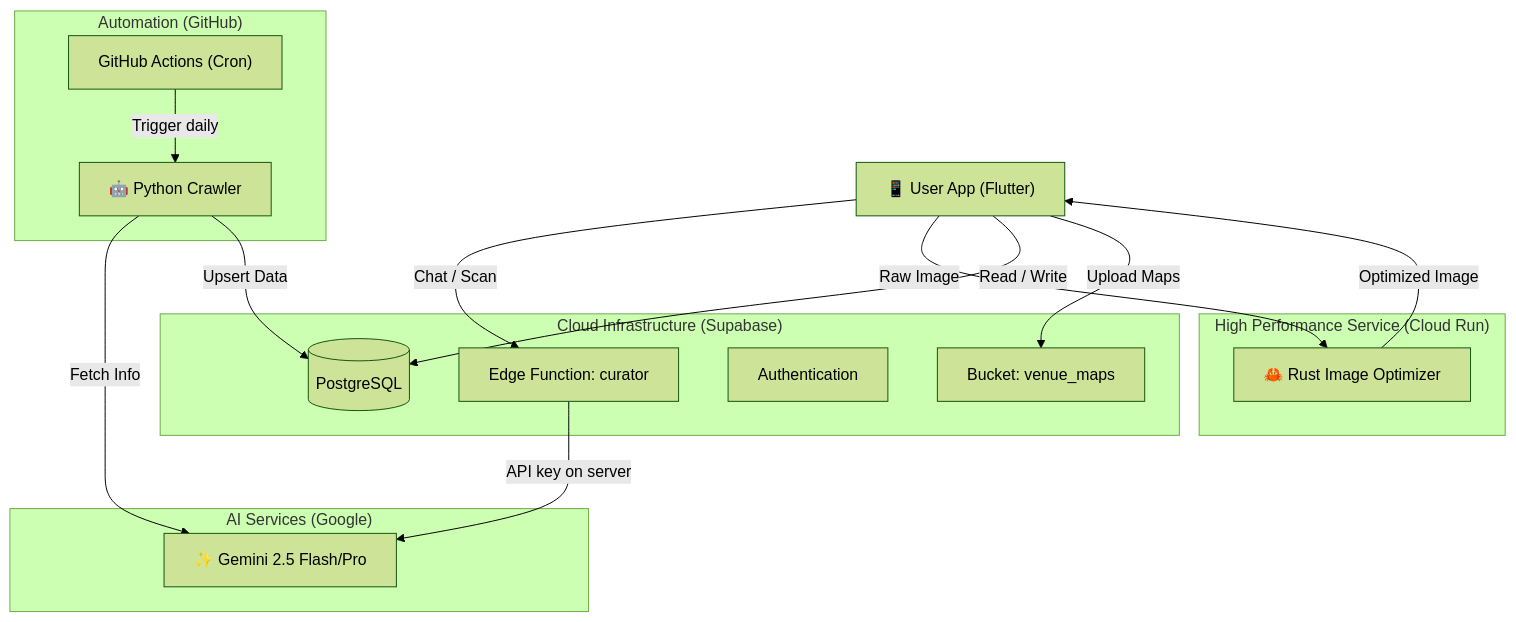
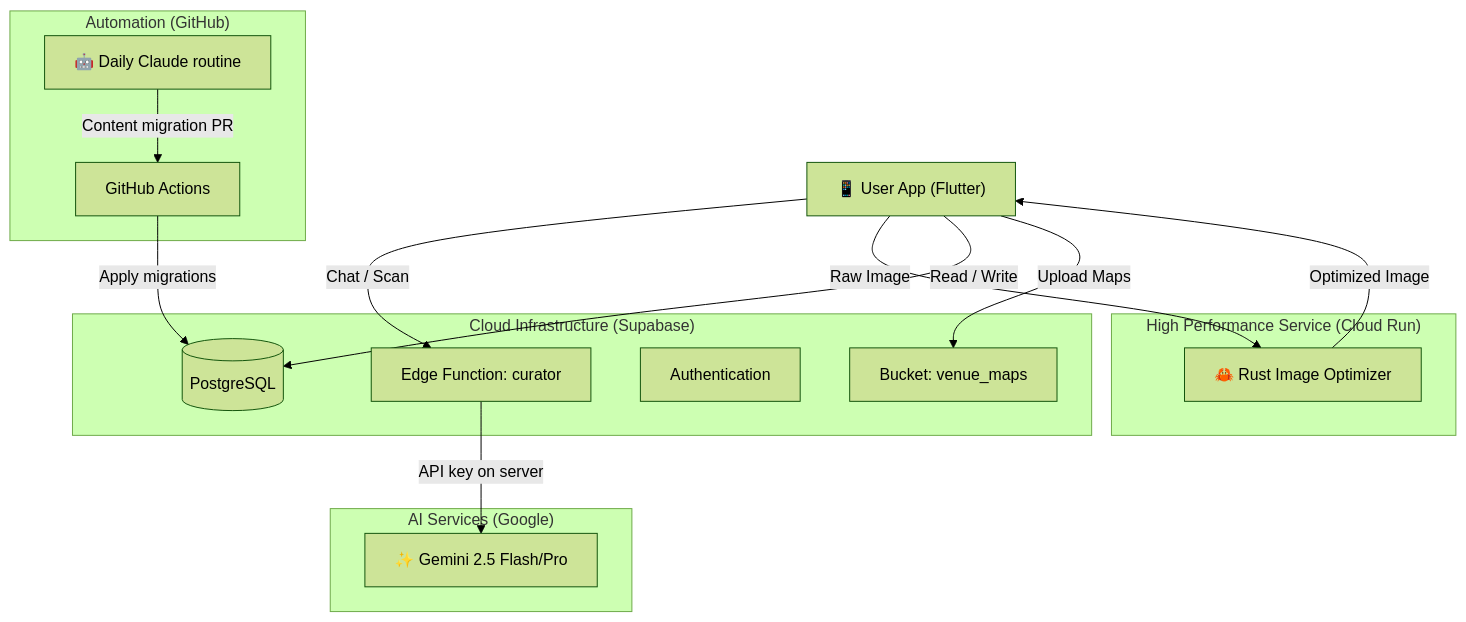
The first of 2 diagrams in README.ja.md (naki0227/encura), drawn with Mermaid (forest theme) before and after one commit. The commit also changed other lines of this file and 40 other files, not shown here.

First line of the commit message:
Move to a fresh Supabase project with versioned migrations and daily Claude content

````diff
--- a/README.ja.md
+++ b/README.ja.md
@@ -111,36 +93,35 @@
 ```mermaid
 graph TD
     User["📱 User App (Flutter)"]
     
     subgraph "Cloud Infrastructure (Supabase)"
         DB[("PostgreSQL")]
         Storage["Bucket: venue_maps"]
         Auth["Authentication"]
         Curator["Edge Function: curator"]
     end
     
     subgraph "High Performance Service (Cloud Run)"
         Rust["🦀 Rust Image Optimizer"]
     end
     
     subgraph "AI Services (Google)"
         Gemini["✨ Gemini 2.5 Flash/Pro"]
     end
     
     subgraph "Automation (GitHub)"
-        Crawler["🤖 Python Crawler"]
-        Actions["GitHub Actions (Cron)"]
+        Routine["🤖 Daily Claude routine"]
+        Actions["GitHub Actions"]
     end
 
     %% Flows
     User -->|Chat / Scan| Curator
     Curator -->|API key on server| Gemini
     User -->|Raw Image| Rust
     Rust -->|Optimized Image| User
     User -->|Read / Write| DB
     User -->|Upload Maps| Storage
     
-    Actions -->|Trigger daily| Crawler
-    Crawler -->|Fetch Info| Gemini
-    Crawler -->|Upsert Data| DB
+    Routine -->|Content migration PR| Actions
+    Actions -->|Apply migrations| DB
 ```
````
